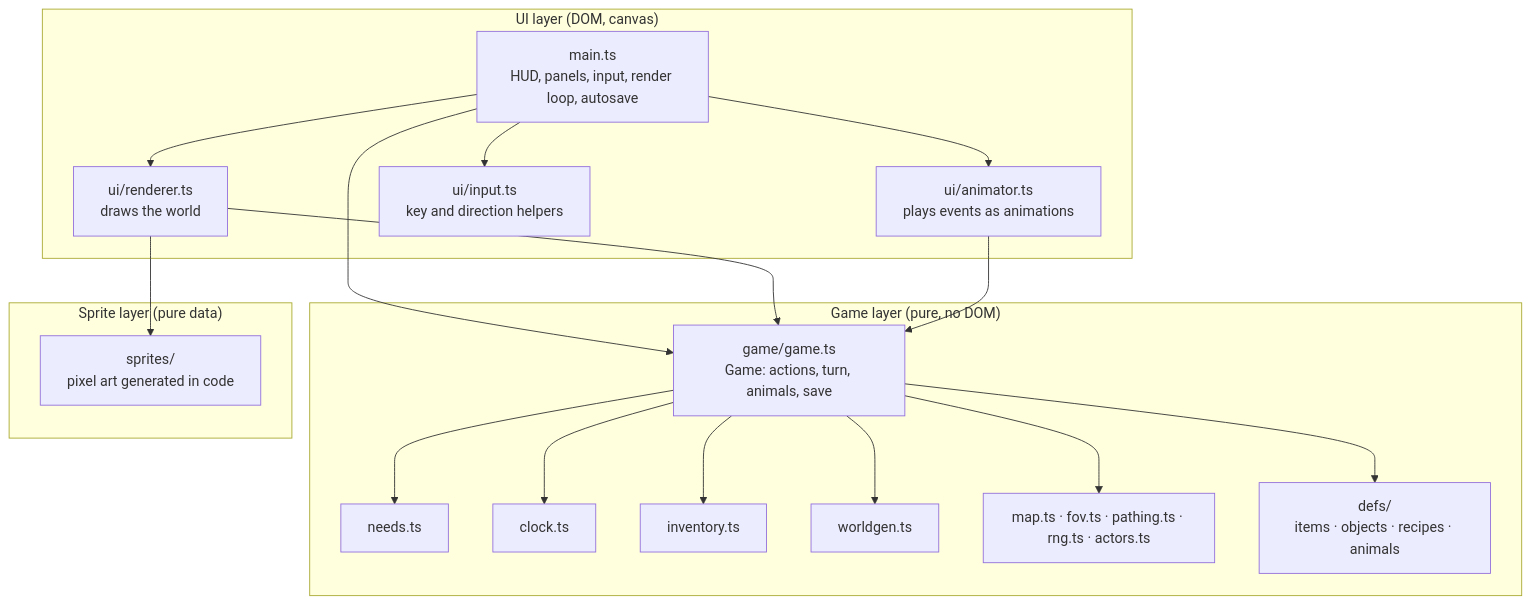
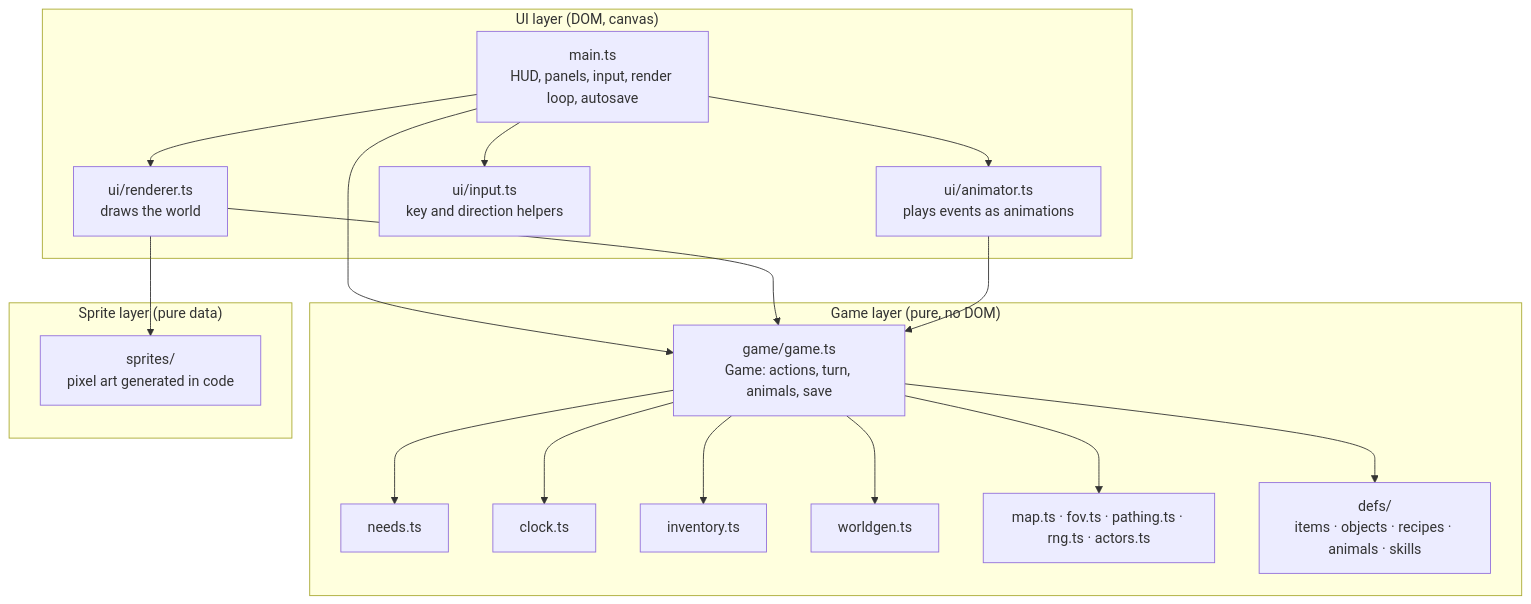
Before and after one commit to chief7/pwagame: the first of 2 diagrams in docs/OVERVIEW.md, drawn with Mermaid. The commit also changed other lines of this file and 21 other files, not shown here.

````diff
--- a/docs/OVERVIEW.md
+++ b/docs/OVERVIEW.md
@@ -51,29 +51,29 @@
 ```mermaid
 flowchart TB
   subgraph UI["UI layer (DOM, canvas)"]
     main["main.ts<br/>HUD, panels, input, render loop, autosave"]
     renderer["ui/renderer.ts<br/>draws the world"]
     animator["ui/animator.ts<br/>plays events as animations"]
     input["ui/input.ts<br/>key and direction helpers"]
   end
   subgraph Logic["Game layer (pure, no DOM)"]
     game["game/game.ts<br/>Game: actions, turn, animals, save"]
     needs["needs.ts"]
     clock["clock.ts"]
     inv["inventory.ts"]
     world["worldgen.ts"]
     support["map.ts · fov.ts · pathing.ts · rng.ts · actors.ts"]
-    defs["defs/<br/>items · objects · recipes · animals"]
+    defs["defs/<br/>items · objects · recipes · animals · skills"]
   end
   subgraph Art["Sprite layer (pure data)"]
     sprites["sprites/<br/>pixel art generated in code"]
   end
   main --> game
   main --> renderer
   main --> animator
   main --> input
   renderer --> sprites
   renderer --> game
   animator --> game
   game --> needs & clock & inv & world & support & defs
 ```
````
